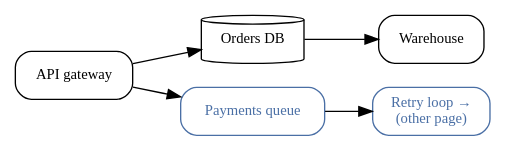
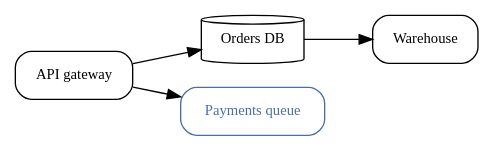
One commit to matf/docusaurus-plantuml-demo changed the second of 2 diagrams in docs/deeplinks/overview.mdx. Above: the diagram before and after it, drawn with Graphviz. The commit also changed other lines of this file and 6 other files, not shown here.

````diff
--- a/docs/deeplinks/overview.mdx
+++ b/docs/deeplinks/overview.mdx
@@ -67,27 +70,20 @@
 ```dot title="Order platform, laid out by Graphviz"
 digraph {
   rankdir=LR;
   node [shape=box, style=rounded, fontsize=11];
 
   gateway  [label="API gateway"];
   orders   [id="ORDER-DB-1", label="Orders DB", shape=cylinder];
   payments [
     label="Payments queue",
     URL="#graph?highlight-node=PAYMENTS-QUEUE-3",
     fontcolor="#4a6fa5",
     color="#4a6fa5"
   ];
   warehouse [label="Warehouse"];
-  runbook [
-    label="Retry loop →\n(other page)",
-    URL="/docusaurus-plantuml-demo/docs/deeplinks/runbook#graph?highlight-node=RETRY_LOOP_9",
-    fontcolor="#4a6fa5",
-    color="#4a6fa5"
-  ];
 
   gateway -> orders;
   gateway -> payments;
   orders -> warehouse;
-  payments -> runbook;
 }
 ```
````
